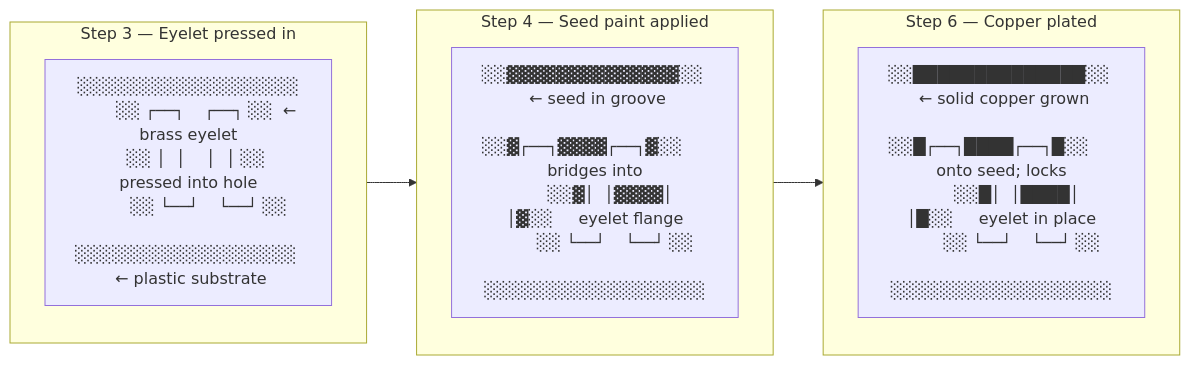
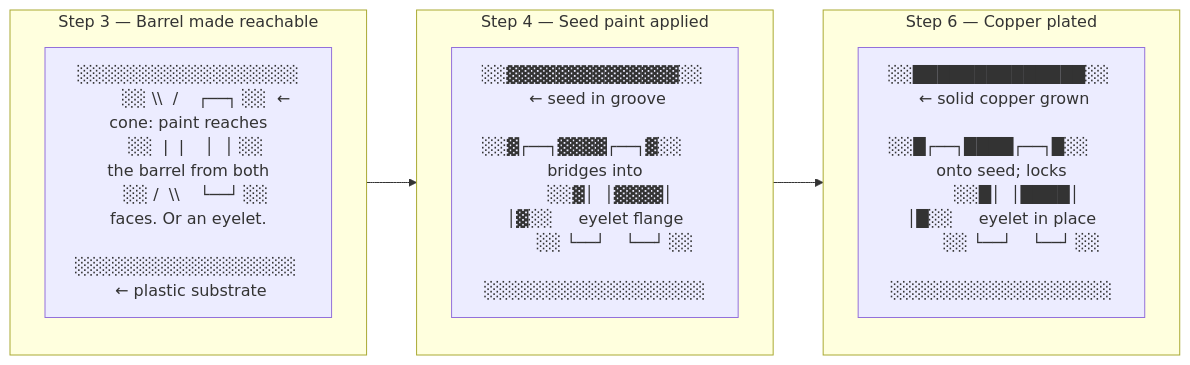
One commit to N0t4R0b0t/kicad2print changed the second of 4 diagrams in docs/ELECTROLYSIS.md. Above: the diagram before and after it, drawn with Mermaid. The commit also changed other lines of this file and 12 other files, not shown here.

First line of the commit message:
feat(geometry): tapered grooves and eyelet-free plated cone barrels

````diff
--- a/docs/ELECTROLYSIS.md
+++ b/docs/ELECTROLYSIS.md
@@ -68,34 +68,34 @@
 ```mermaid
 flowchart LR
-    subgraph s1["Step 3 — Eyelet pressed in"]
+    subgraph s1["Step 3 — Barrel made reachable"]
         direction TB
         e1["
         ░░░░░░░░░░░░░░░░░░
-        ░░ ┌──┐    ┌──┐ ░░  ← brass eyelet
-        ░░ │  │    │  │ ░░     pressed into hole
-        ░░ └──┘    └──┘ ░░
+        ░░ \\  /    ┌──┐ ░░  ← cone: paint reaches
+        ░░  |  |    │  │ ░░     the barrel from both
+        ░░ /  \\    └──┘ ░░     faces. Or an eyelet.
         ░░░░░░░░░░░░░░░░░░  ← plastic substrate
         "]
     end
     subgraph s2["Step 4 — Seed paint applied"]
         direction TB
         e2["
         ░░▓▓▓▓▓▓▓▓▓▓▓▓▓▓░░  ← seed in groove
         ░░▓┌──┐▓▓▓▓┌──┐▓░░     bridges into
         ░░▓│  │▓▓▓▓│  │▓░░     eyelet flange
         ░░ └──┘    └──┘ ░░
         ░░░░░░░░░░░░░░░░░░
         "]
     end
     subgraph s3["Step 6 — Copper plated"]
         direction TB
         e3["
         ░░██████████████░░  ← solid copper grown
         ░░█┌──┐████┌──┐█░░     onto seed; locks
         ░░█│  │████│  │█░░     eyelet in place
         ░░ └──┘    └──┘ ░░
         ░░░░░░░░░░░░░░░░░░
         "]
     end
     s1 --> s2 --> s3
 ```
````
